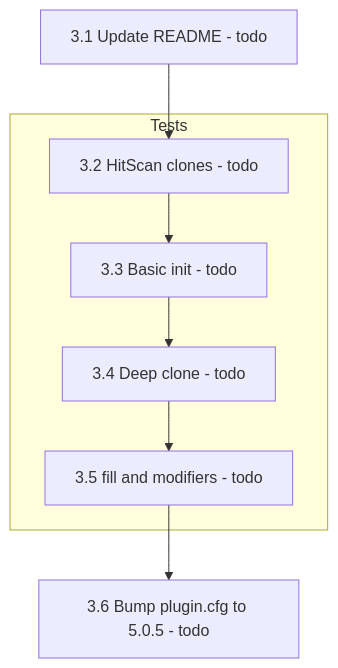
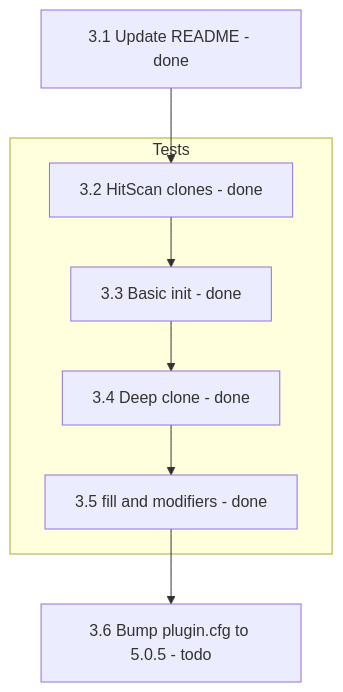
Before and after one commit to cluttered-code/godot-health-hitbox-hurtbox: the fifth of 7 diagrams in .cursor/plans/optimize_simplify_addon.md, drawn with Mermaid. The commit also changed other lines of this file and 79 other files, not shown here.

First line of the commit message:
Wave A/B: HitScan clone & Basic init fixes, expanded tests (#23)

````diff
--- a/.cursor/plans/optimize_simplify_addon.md
+++ b/.cursor/plans/optimize_simplify_addon.md
@@ -189,16 +189,16 @@
 ```mermaid
 flowchart TB
-  T31["3.1 Update README - todo"]
+  T31["3.1 Update README - done"]
   subgraph tests [Tests]
-    T32["3.2 HitScan clones - todo"]
-    T33["3.3 Basic init - todo"]
-    T34["3.4 Deep clone - todo"]
-    T35["3.5 fill and modifiers - todo"]
+    T32["3.2 HitScan clones - done"]
+    T33["3.3 Basic init - done"]
+    T34["3.4 Deep clone - done"]
+    T35["3.5 fill and modifiers - done"]
   end
   T36["3.6 Bump plugin.cfg to 5.0.5 - todo"]
   T31 --> T32
   T32 --> T33
   T33 --> T34
   T34 --> T35
   T35 --> T36
 ```
````
